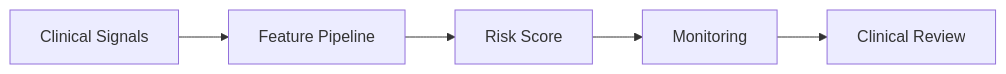
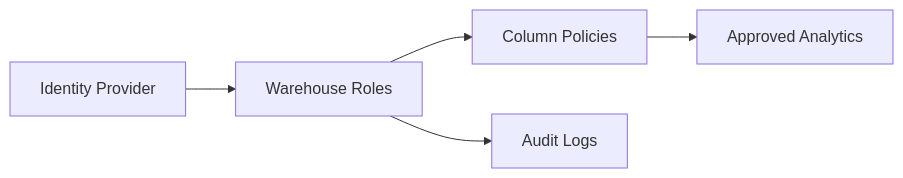
Before and after one commit to Kasala95/data-engineering-portfolio: the diagram in projects/daily-linkedin-post-workflow/generated/latest-linkedin-post.md, drawn with Mermaid. The commit also changed other lines of this file and 3 other files, not shown here.

````diff
--- a/projects/daily-linkedin-post-workflow/generated/latest-linkedin-post.md
+++ b/projects/daily-linkedin-post-workflow/generated/latest-linkedin-post.md
@@ -25,7 +25,7 @@
 ```mermaid
 flowchart LR
-  A[Clinical Signals] --> B[Feature Pipeline]
-  B --> C[Risk Score]
-  C --> D[Monitoring]
-  D --> E[Clinical Review]
+  A[Identity Provider] --> B[Warehouse Roles]
+  B --> C[Column Policies]
+  C --> D[Approved Analytics]
+  B --> E[Audit Logs]
 ```
````
